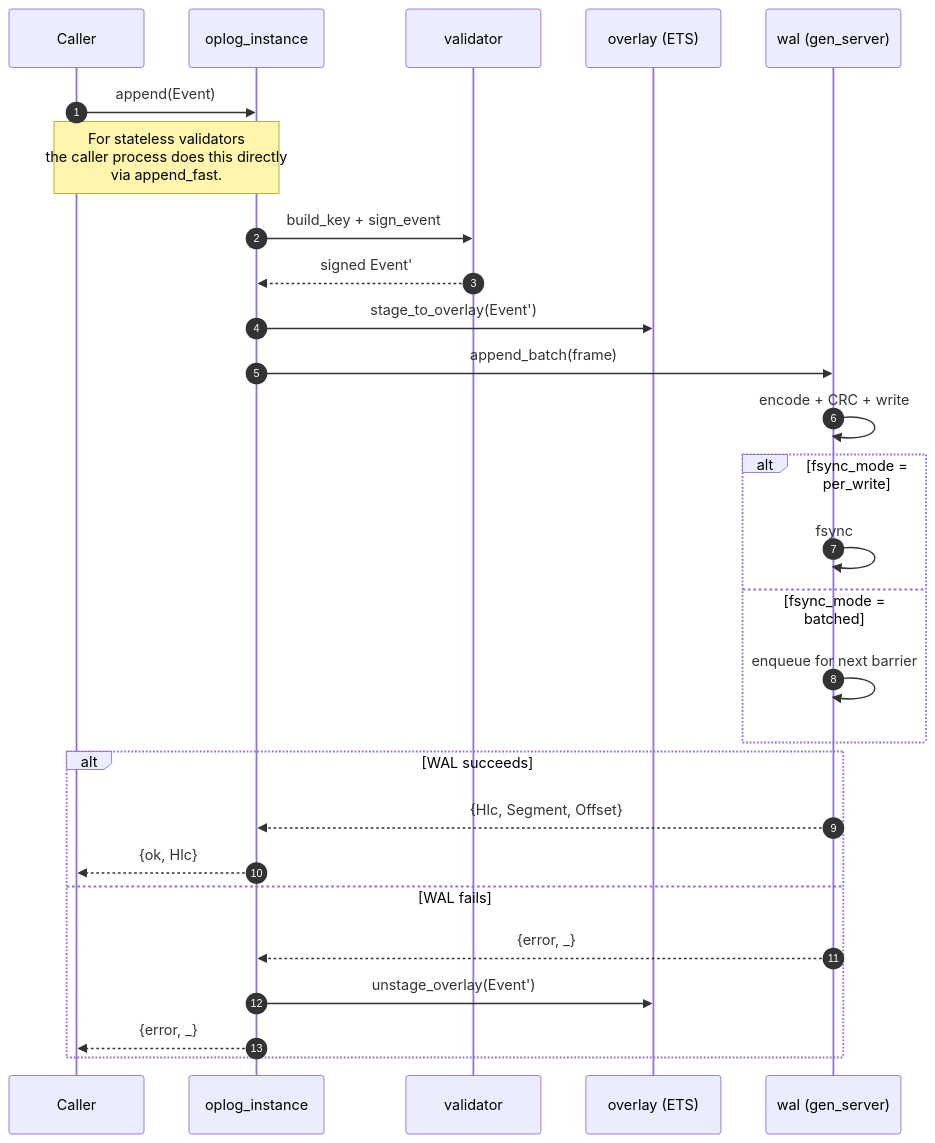
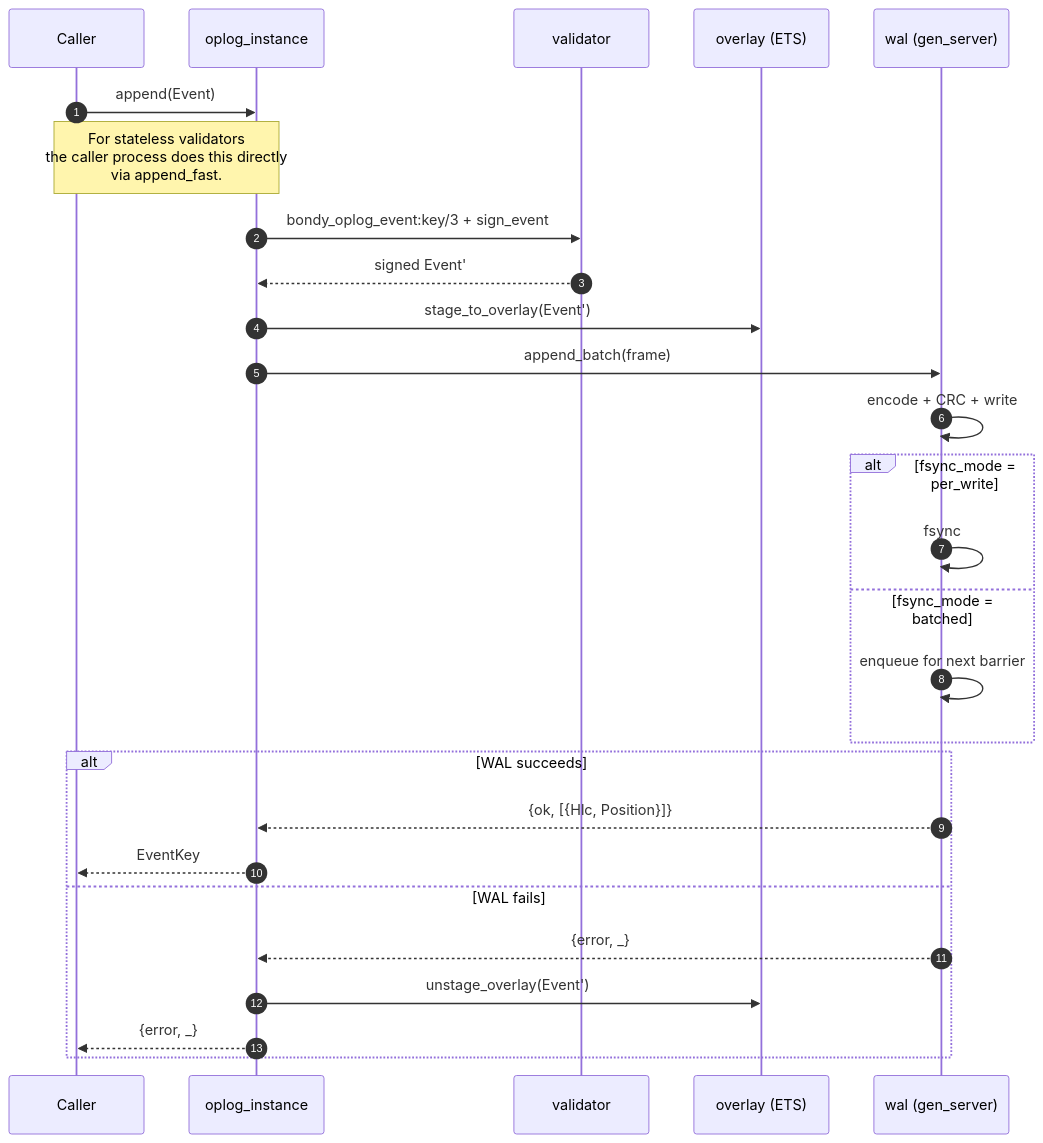
The second of 8 diagrams in apps/bondy_db/doc_extras/architecture/01_bondy_oplog.md (bondy-io/bondy), drawn with Mermaid before and after one commit. The commit also changed other lines of this file and 449 other files, not shown here.

````diff
--- a/apps/bondy_db/doc_extras/architecture/01_bondy_oplog.md
+++ b/apps/bondy_db/doc_extras/architecture/01_bondy_oplog.md
@@ -78,30 +87,30 @@
 ```mermaid
 sequenceDiagram
     autonumber
     participant C as Caller
     participant I as oplog_instance
     participant V as validator
     participant OV as overlay (ETS)
     participant W as wal (gen_server)
 
     C->>I: append(Event)
     Note over C,I: For stateless validators<br/>the caller process does this directly<br/>via append_fast.
-    I->>V: build_key + sign_event
+    I->>V: bondy_oplog_event:key/3 + sign_event
     V-->>I: signed Event'
     I->>OV: stage_to_overlay(Event')
     I->>W: append_batch(frame)
     W->>W: encode + CRC + write
     alt fsync_mode = per_write
         W->>W: fsync
     else fsync_mode = batched
         W->>W: enqueue for next barrier
     end
     alt WAL succeeds
-        W-->>I: {Hlc, Segment, Offset}
-        I-->>C: {ok, Hlc}
+        W-->>I: {ok, [{Hlc, Position}]}
+        I-->>C: EventKey
     else WAL fails
         W-->>I: {error, _}
         I->>OV: unstage_overlay(Event')
         I-->>C: {error, _}
     end
 ```
````
